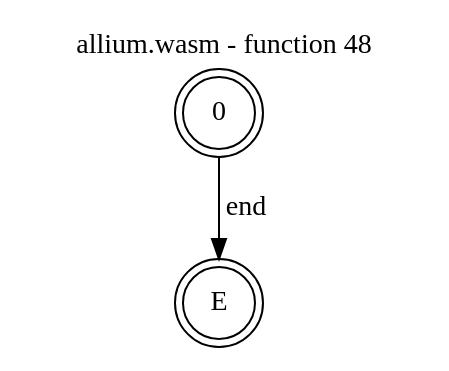
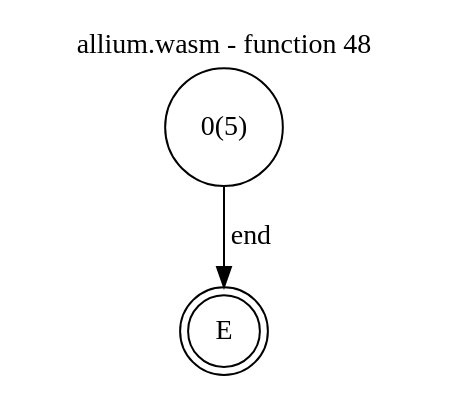
The diagram in test_cases/allium/funcs/allium-func48.dot (jsCarleton/wanalyze), drawn with Graphviz before and after one commit. The commit also changed 145 other files, not shown here.

```diff
--- a/test_cases/allium/funcs/allium-func48.dot
+++ b/test_cases/allium/funcs/allium-func48.dot
@@ -1,10 +1,11 @@
 digraph finite_state_machine {
     label = "allium.wasm - function 48"
     labelloc =  t
     labelfontsize = 16
     labelfontcolor = black
     labelfontname = "Helvetica"
-    node [shape = doublecircle]; 0 E ;
-    node [shape = circle];
+    node [shape = doublecircle]; E ;
+node [shape=circle, fontcolor=black, style="", label="0(5)"]0
+node [shape=circle, fontcolor=black, style="", label="E"]E
     0 -> E[label="end"];
 }
```
